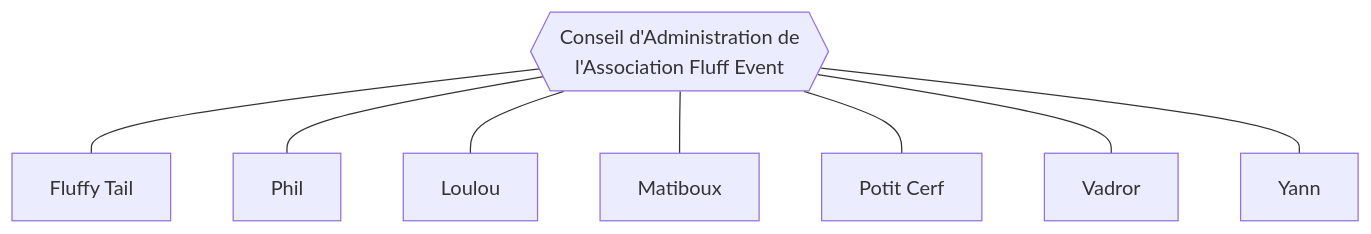
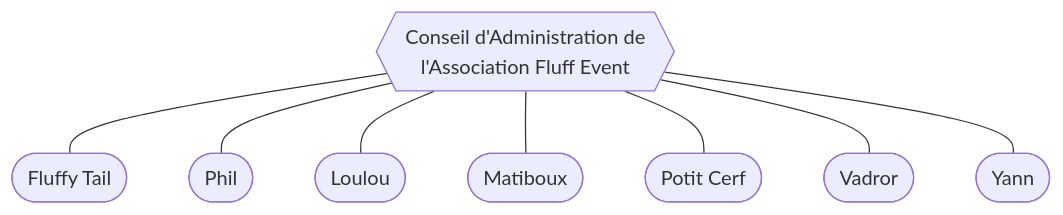
The diagram in Conseil d'Administration.md (FluffEvent/association-documents), drawn with Mermaid before and after one commit.

Commit message:
Update CA graph

````diff
--- a/Conseil d'Administration.md
+++ b/Conseil d'Administration.md
@@ -12,13 +12,13 @@
 ```mermaid
 graph TB
 
 CA{{"Conseil d'Administration de<br/>l'Association Fluff Event"}}
 
-CA --- Fluffy[Fluffy Tail]
-CA --- Phil[Phil]
-CA --- Loulou[Loulou]
-CA --- Matiboux[Matiboux]
-CA --- Potit[Potit Cerf]
-CA --- Vadror[Vadror]
-CA --- Yann[Yann]
+CA --- Fluffy([Fluffy Tail])
+CA --- Phil([Phil])
+CA --- Loulou([Loulou])
+CA --- Matiboux([Matiboux])
+CA --- Potit([Potit Cerf])
+CA --- Vadror([Vadror])
+CA --- Yann([Yann])
 ```
````
